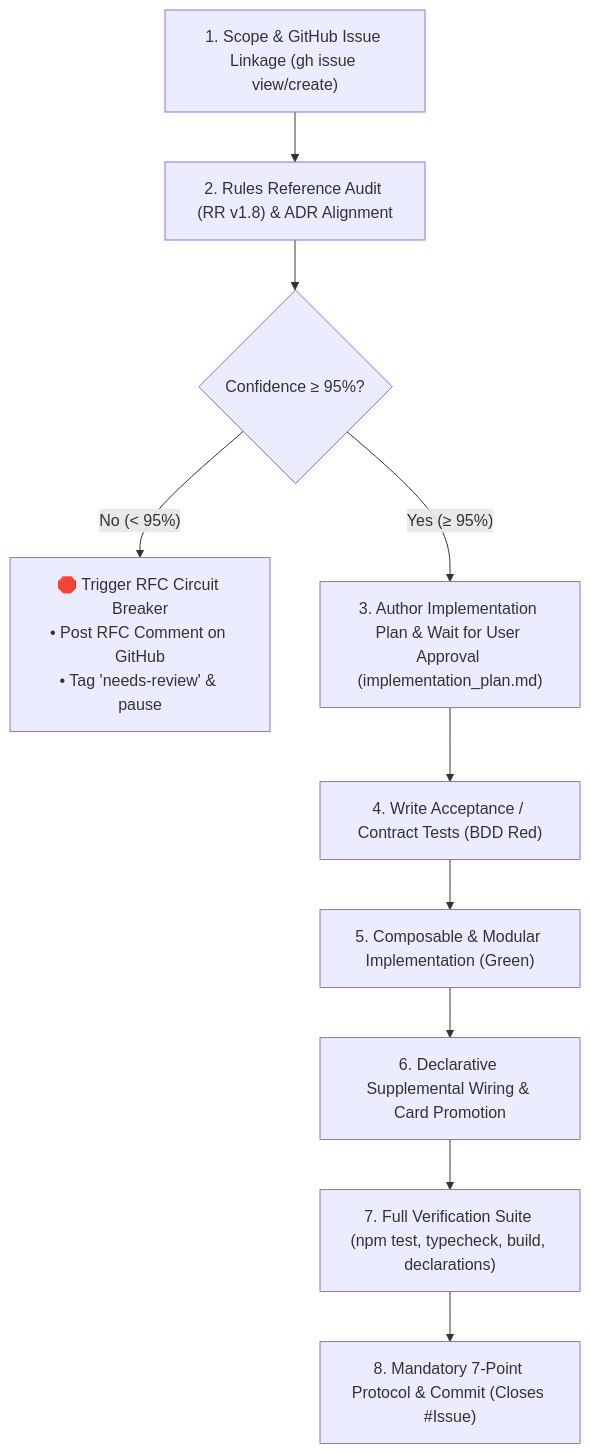
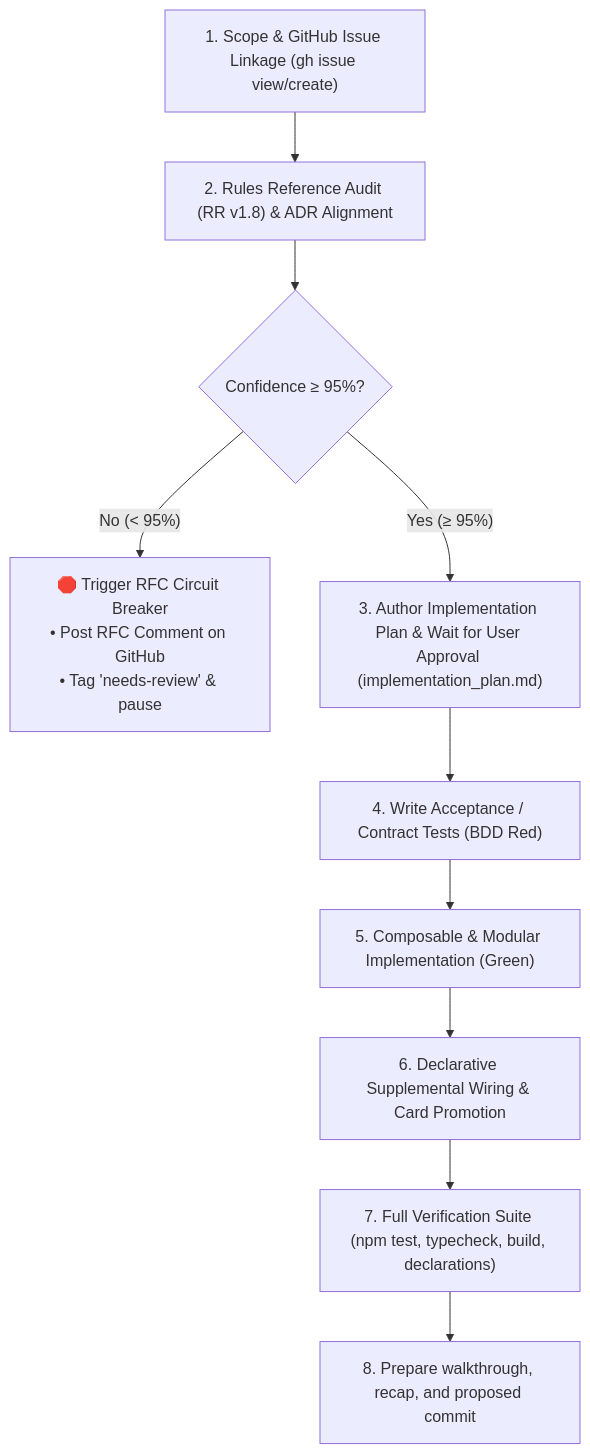
The diagram in .agents/skills/feature-delivery/SKILL.md (SteveRodrigue/MCD), drawn with Mermaid before and after one commit. The commit also changed other lines of this file and 11 other files, not shown here.

````diff
--- a/.agents/skills/feature-delivery/SKILL.md
+++ b/.agents/skills/feature-delivery/SKILL.md
@@ -105,12 +105,12 @@
 ```mermaid
 flowchart TD
     S1["1. Scope & GitHub Issue Linkage (gh issue view/create)"] --> S2["2. Rules Reference Audit (RR v1.8) & ADR Alignment"]
     S2 --> S2Check{"Confidence ≥ 95%?"}
     S2Check -- "No (< 95%)" --> RFC["🛑 Trigger RFC Circuit Breaker<br/>• Post RFC Comment on GitHub<br/>• Tag 'needs-review' & pause"]
     S2Check -- "Yes (≥ 95%)" --> S3Plan["3. Author Implementation Plan & Wait for User Approval (implementation_plan.md)"]
     S3Plan --> S4["4. Write Acceptance / Contract Tests (BDD Red)"]
     S4 --> S5["5. Composable & Modular Implementation (Green)"]
     S5 --> S6["6. Declarative Supplemental Wiring & Card Promotion"]
     S6 --> S7["7. Full Verification Suite (npm test, typecheck, build, declarations)"]
-    S7 --> S8["8. Mandatory 7-Point Protocol & Commit (Closes #Issue)"]
+   S7 --> S8["8. Prepare walkthrough, recap, and proposed commit"]
 ```
````
